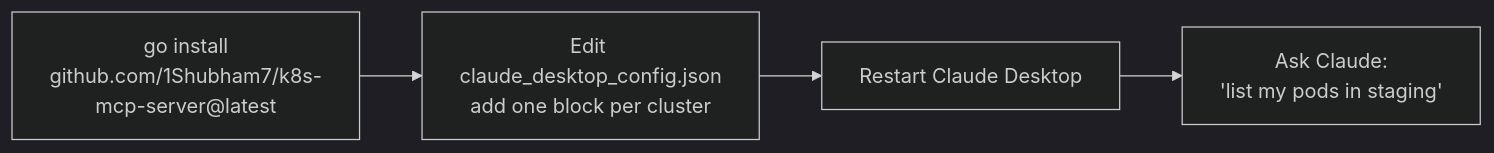
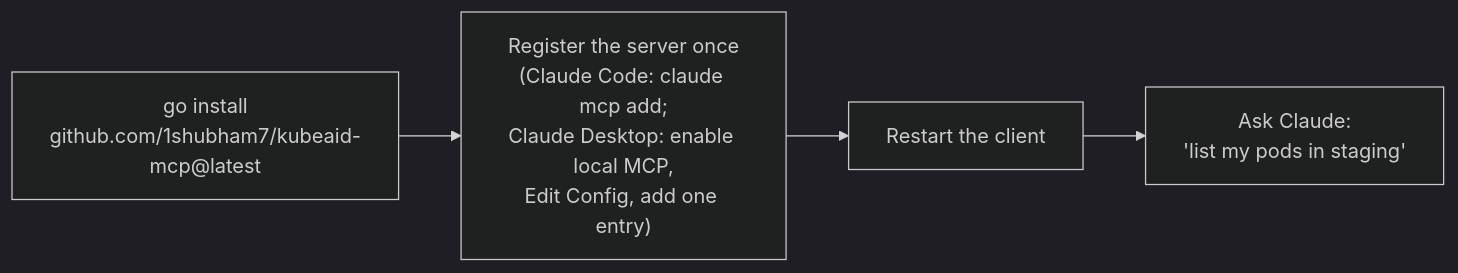
One commit to 1Shubham7/kubeaid-mcp changed the eighth of 8 diagrams in design.md. Above: the diagram before and after it, drawn with Mermaid (dark theme). The commit also changed other lines of this file and 5 other files, not shown here.

````diff
--- a/design.md
+++ b/design.md
@@ -242,9 +248,9 @@
 ```mermaid
 flowchart LR
-    A["go install\ngithub.com/1Shubham7/k8s-mcp-server@latest"]
-    B["Edit claude_desktop_config.json\nadd one block per cluster"]
-    C["Restart Claude Desktop"]
+    A["go install\ngithub.com/1shubham7/kubeaid-mcp@latest"]
+    B["Register the server once\n(Claude Code: claude mcp add;\nClaude Desktop: enable local MCP,\nEdit Config, add one entry)"]
+    C["Restart the client"]
     D["Ask Claude:\n'list my pods in staging'"]
 
     A --> B --> C --> D
 ```
````
